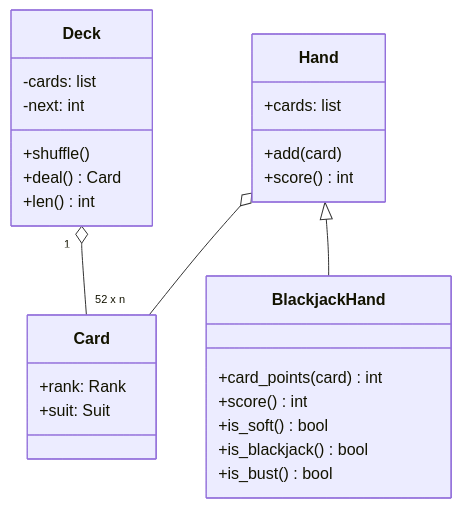
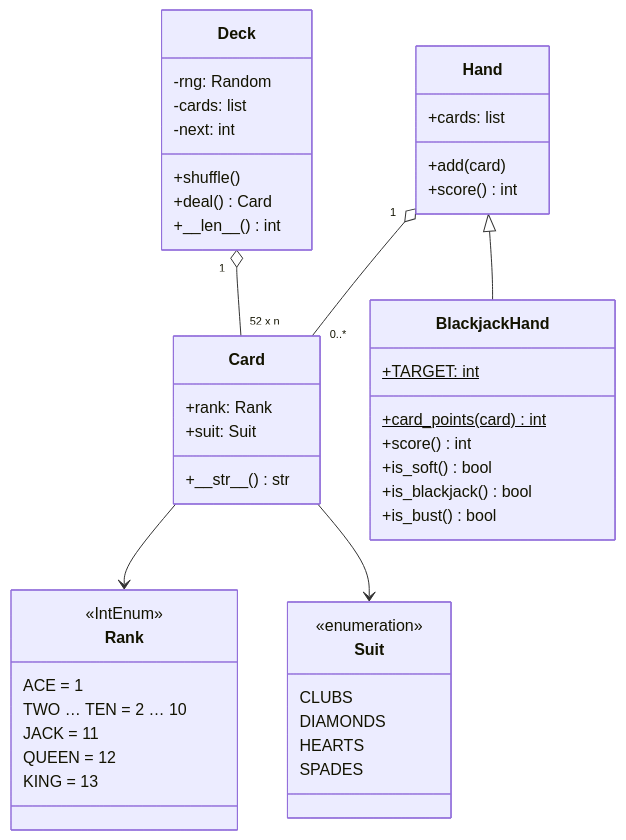
Before and after one commit to butyavk/system-design: the diagram in src/content/docs/ood/deck-of-cards.mdx, drawn with Mermaid. The commit also changed 144 other files, not shown here.

````diff
--- a/src/content/docs/ood/deck-of-cards.mdx
+++ b/src/content/docs/ood/deck-of-cards.mdx
@@ -35,29 +35,49 @@
 ```mermaid
 classDiagram
   class Card {
     +rank: Rank
     +suit: Suit
+    +\_\_str\_\_() str
   }
   class Deck {
+    -rng: Random
     -cards: list
     -next: int
     +shuffle()
     +deal() Card
-    +len() int
+    +\_\_len\_\_() int
   }
   class Hand {
     +cards: list
     +add(card)
     +score() int
   }
   class BlackjackHand {
-    +card_points(card) int
+    +TARGET: int$
+    +card_points(card)$ int
     +score() int
     +is_soft() bool
     +is_blackjack() bool
     +is_bust() bool
   }
+  class Suit {
+    <<enumeration>>
+    CLUBS
+    DIAMONDS
+    HEARTS
+    SPADES
+  }
+  class Rank {
+    <<IntEnum>>
+    ACE = 1
+    TWO … TEN = 2 … 10
+    JACK = 11
+    QUEEN = 12
+    KING = 13
+  }
   Deck "1" o-- "52 x n" Card
-  Hand o-- Card
+  Hand "1" o-- "0..*" Card
   Hand <|-- BlackjackHand
+  Card --> Rank
+  Card --> Suit
 ```
````
